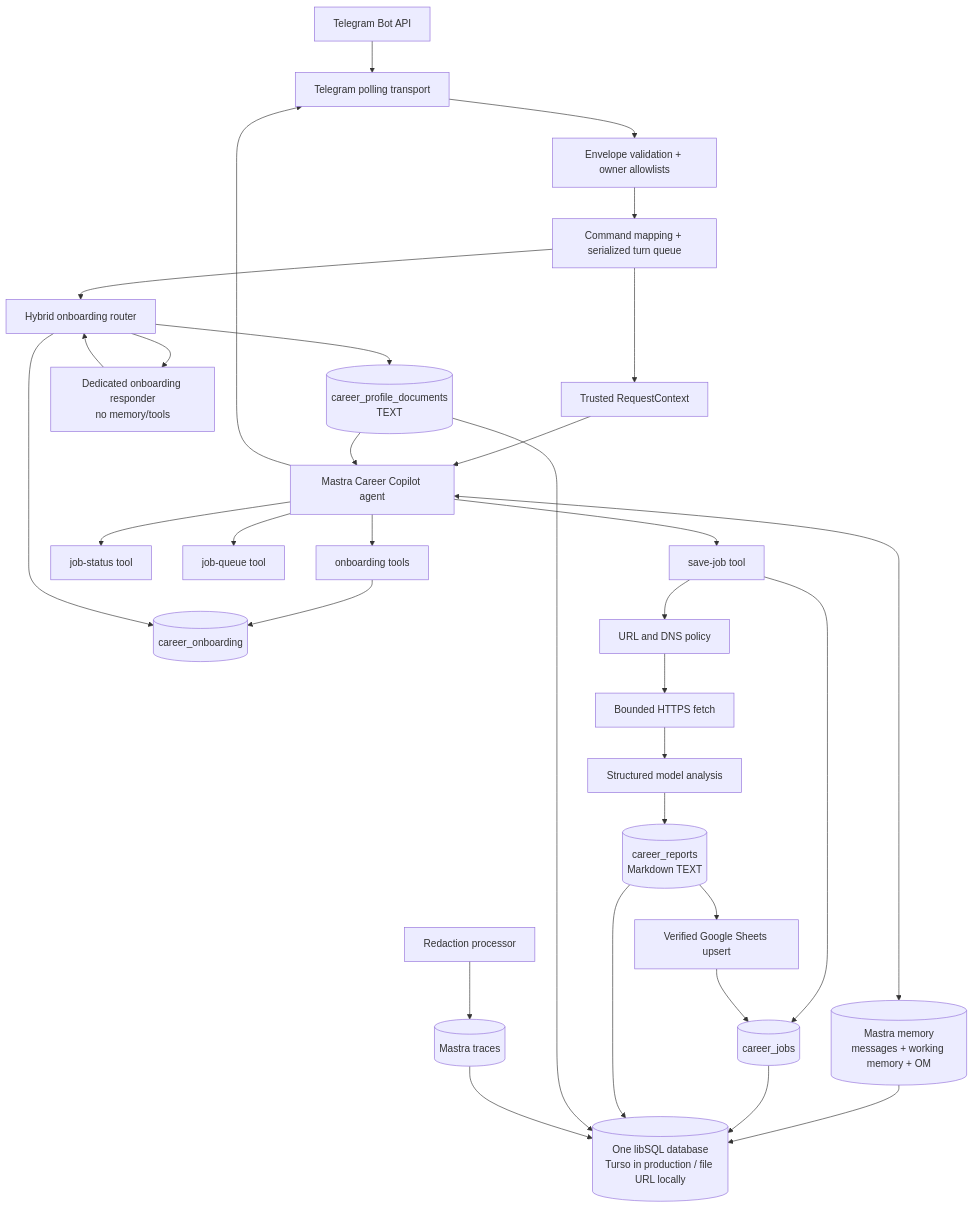
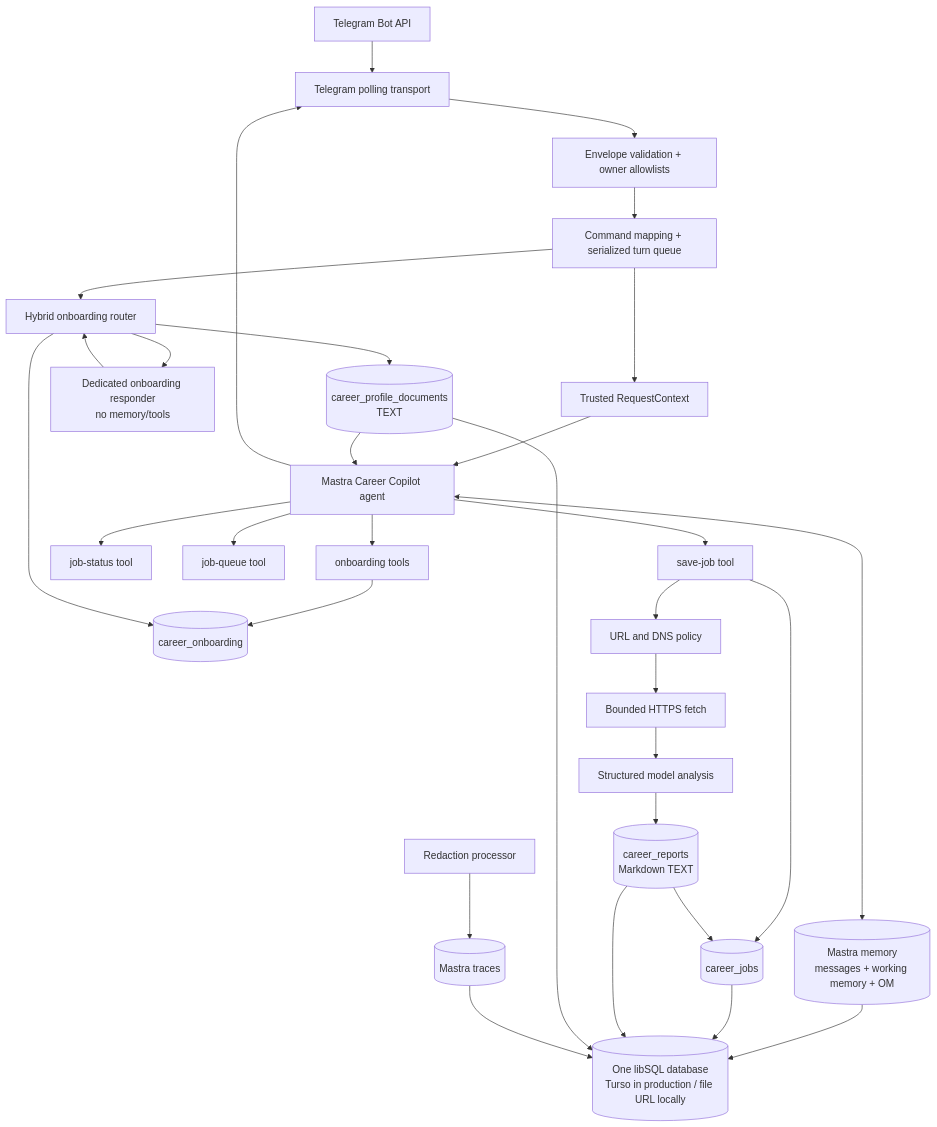
One commit to KripaMishra/career-copilot changed the diagram in README.md. Above: the diagram before and after it, drawn with Mermaid. The commit also changed other lines of this file and 42 other files, not shown here.

First line of the commit message:
feat(storage): remove Google Sheets and legacy import surface end to end

````diff
--- a/README.md
+++ b/README.md
@@ -50,41 +48,40 @@
 ```mermaid
 flowchart TD
     TG[Telegram Bot API] --> TP[Telegram polling transport]
     TP --> AUTH[Envelope validation + owner allowlists]
     AUTH --> MAP[Command mapping + serialized turn queue]
     MAP --> CTX[Trusted RequestContext]
     CTX --> AGENT[Mastra Career Copilot agent]
 
     AGENT <--> MEM[(Mastra memory
 messages + working memory + OM)]
     AGENT --> SAVE[save-job tool]
     AGENT --> STATUS[job-status tool]
     AGENT --> QUEUE[job-queue tool]
     AGENT --> ONBOARD[onboarding tools]
     MAP --> ONBOARDING[Hybrid onboarding router]
     ONBOARDING --> ORESP[Dedicated onboarding responder\nno memory/tools]
 
     ONBOARD --> DRAFT[(career_onboarding)]
     ORESP --> ONBOARDING
     ONBOARDING --> DRAFT
     ONBOARDING --> PROFILE
     SAVE --> JOBS[(career_jobs)]
     SAVE --> URL[URL and DNS policy]
     URL --> FETCH[Bounded HTTPS fetch]
     FETCH --> ANALYZE[Structured model analysis]
     ANALYZE --> REPORT[(career_reports
 Markdown TEXT)]
-    REPORT --> SHEETS[Verified Google Sheets upsert]
-    SHEETS --> JOBS
+    REPORT --> JOBS
 
     PROFILE[(career_profile_documents
 TEXT)] --> AGENT
     OBS[Redaction processor] --> TRACES[(Mastra traces)]
     MEM --> DB[(One libSQL database
 Turso in production / file URL locally)]
     JOBS --> DB
     REPORT --> DB
     PROFILE --> DB
     TRACES --> DB
     AGENT --> TP
 ```
````
